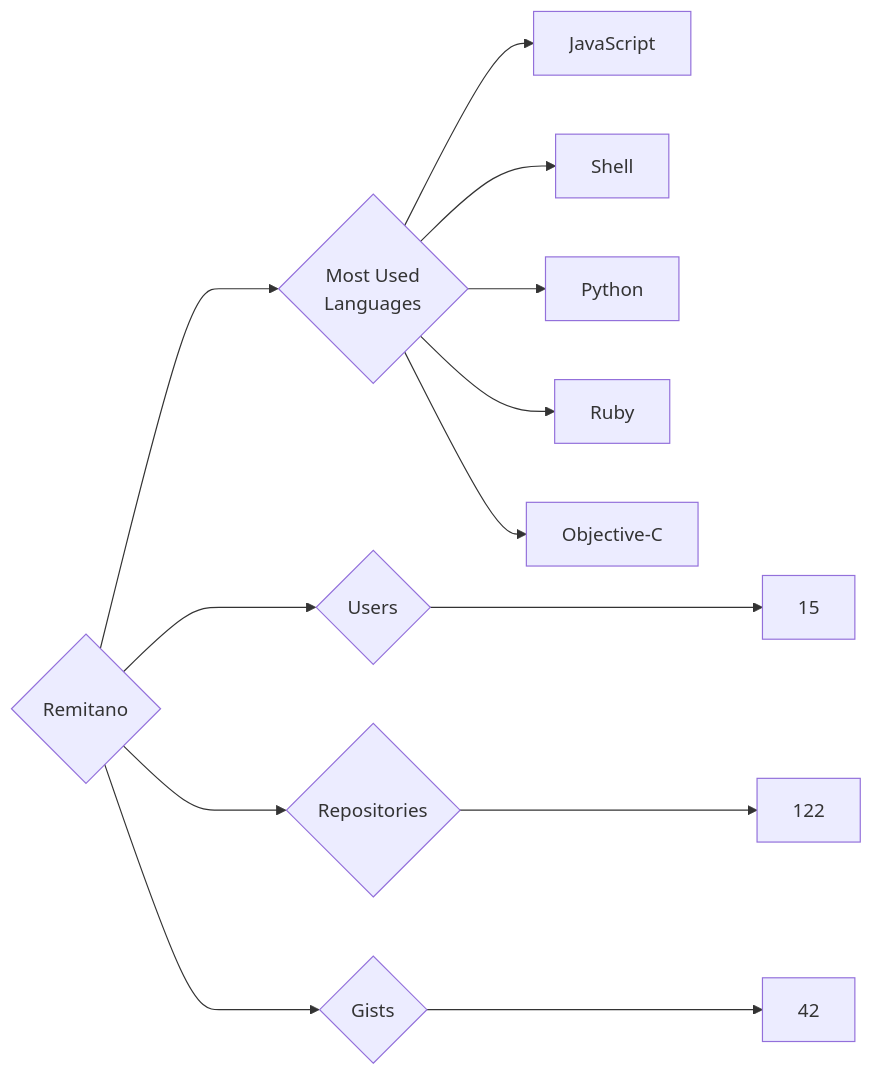
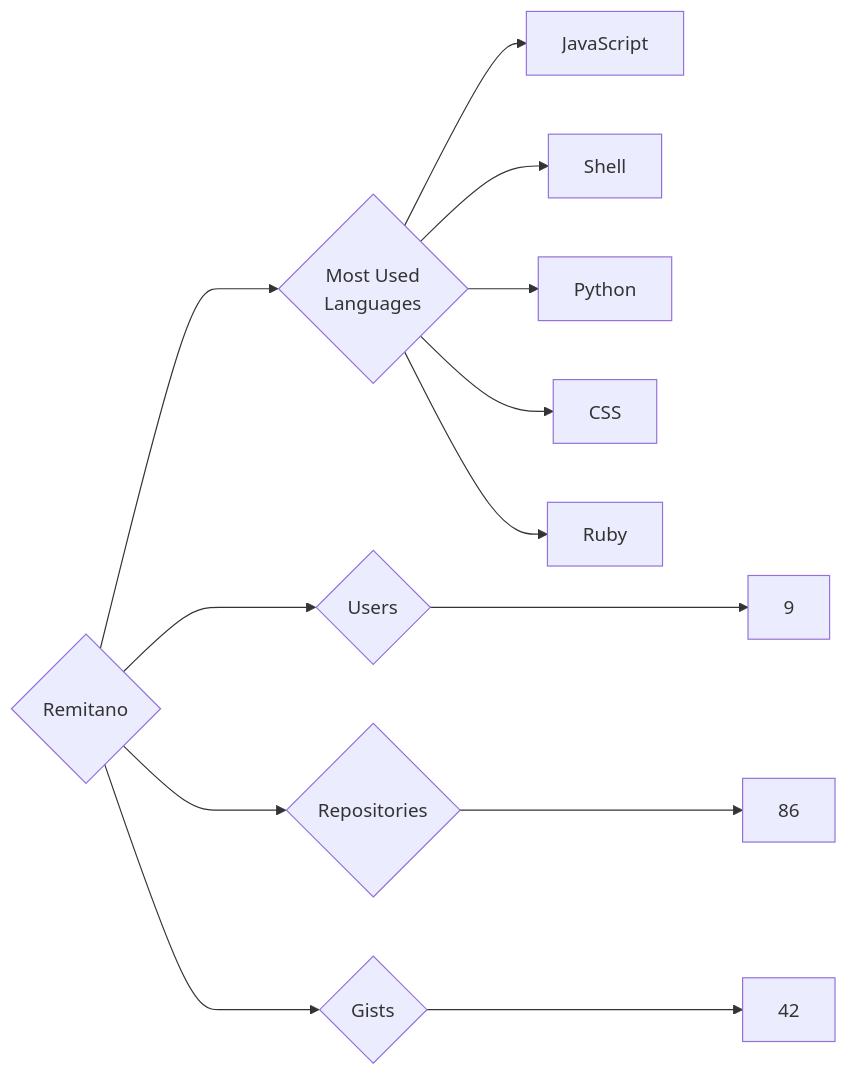
One commit to trickest/insiders changed the diagram in targets/Remitano/README.md. Above: the diagram before and after it, drawn with Mermaid. The commit also changed 1508 other files, not shown here.

````diff
--- a/targets/Remitano/README.md
+++ b/targets/Remitano/README.md
@@ -3,13 +3,13 @@
 ```mermaid
 graph LR
 COMPANY_NAME{Remitano}
-COMPANY_NAME ---> U{Users} ---> UN[15]
-COMPANY_NAME ---> R{Repositories} ---> RN[122]
+COMPANY_NAME ---> U{Users} ---> UN[9]
+COMPANY_NAME ---> R{Repositories} ---> RN[86]
 COMPANY_NAME ---> G{Gists} ---> GN[42]
 COMPANY_NAME ---> ML{Most Used<br>Languages}
 ML --> JavaScript[JavaScript]
 ML --> Shell[Shell]
 ML --> Python[Python]
+ML --> CSS[CSS]
 ML --> Ruby[Ruby]
-ML --> Objective-C[Objective-C]
 ```
````
